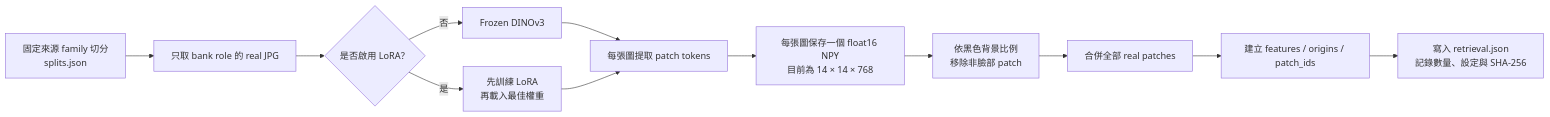
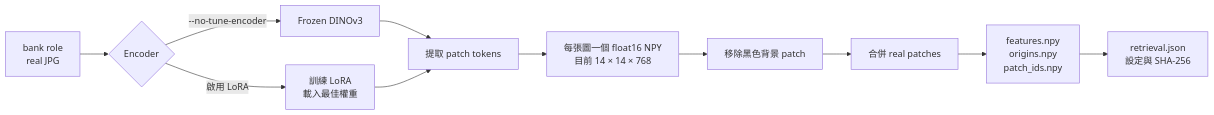
Before and after one commit to IlikeBB/DeepFakeSecurity: the third of 3 diagrams in README.md, drawn with Mermaid. The commit also changed other lines of this file, not shown here.

````diff
--- a/README.md
+++ b/README.md
@@ -184,14 +150,13 @@
 ```mermaid
 flowchart LR
-    A["固定來源 family 切分<br/>splits.json"] --> B["只取 bank role 的 real JPG"]
-    B --> C{"是否啟用 LoRA？"}
-    C -->|否| D["Frozen DINOv3"]
-    C -->|是| E["先訓練 LoRA<br/>再載入最佳權重"]
-    D --> F["每張圖提取 patch tokens"]
-    E --> F
-    F --> G["每張圖保存一個 float16 NPY<br/>目前為 14 × 14 × 768"]
-    G --> H["依黑色背景比例<br/>移除非臉部 patch"]
-    H --> I["合併全部 real patches"]
-    I --> J["建立 features / origins / patch_ids"]
-    J --> K["寫入 retrieval.json<br/>記錄數量、設定與 SHA-256"]
+    A["bank role<br/>real JPG"] --> B{"Encoder"}
+    B -->|--no-tune-encoder| C["Frozen DINOv3"]
+    B -->|啟用 LoRA| D["訓練 LoRA<br/>載入最佳權重"]
+    C --> E["提取 patch tokens"]
+    D --> E
+    E --> F["每張圖一個 float16 NPY<br/>目前 14 × 14 × 768"]
+    F --> G["移除黑色背景 patch"]
+    G --> H["合併 real patches"]
+    H --> I["features.npy<br/>origins.npy<br/>patch_ids.npy"]
+    I --> J["retrieval.json<br/>設定與 SHA-256"]
 ```
````
